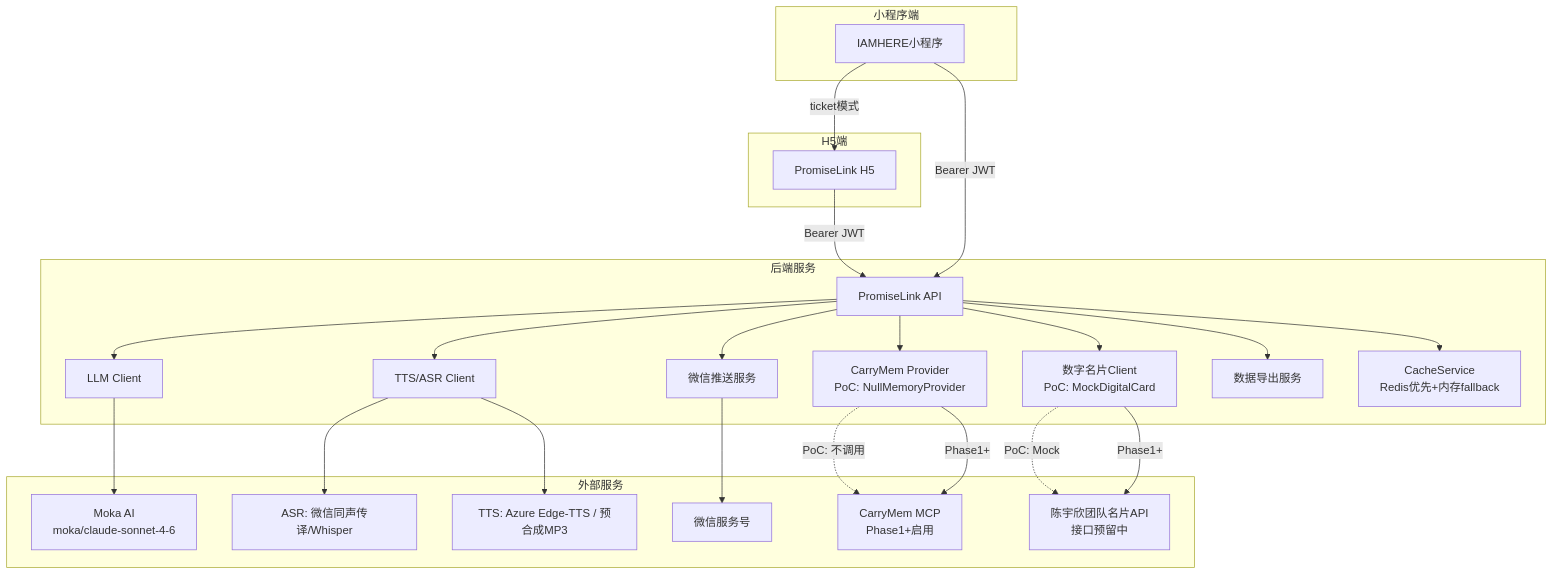
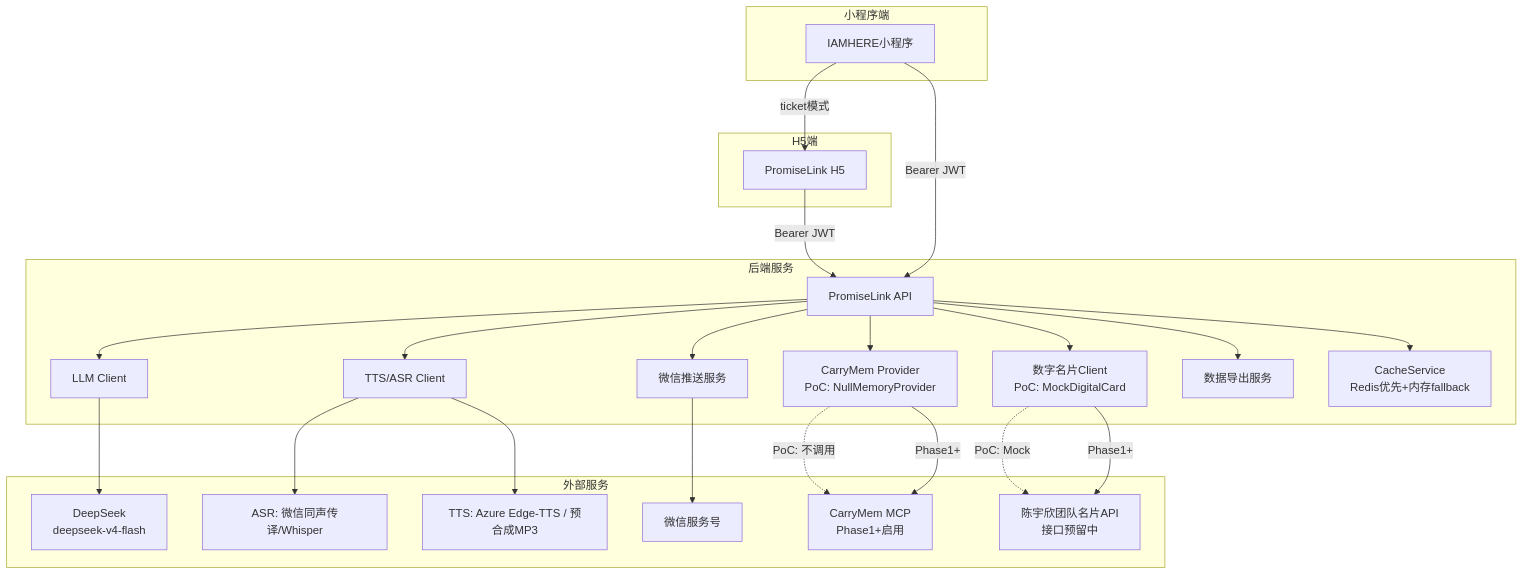
The first of 7 diagrams in docs/design/Integration_Design_v1.md (lulin70/PromiseLink), drawn with Mermaid before and after one commit. The commit also changed other lines of this file and 41 other files, not shown here.

Commit message:
docs+fix(basic): LLM 全量迁移 DeepSeek — 文档/代码/测试 Moka 引用清理，验证 2016 passed

````diff
--- a/docs/design/Integration_Design_v1.md
+++ b/docs/design/Integration_Design_v1.md
@@ -48,46 +48,46 @@
 ```mermaid
 graph TB
     subgraph 小程序端
         MP[IAMHERE小程序]
     end
     subgraph H5端
         H5[PromiseLink H5]
     end
     subgraph 后端服务
         API[PromiseLink API]
         LLM[LLM Client]
         TTS[TTS/ASR Client]
         WX[微信推送服务]
         CM[CarryMem Provider<br/>PoC: NullMemoryProvider]
         DC[数字名片Client<br/>PoC: MockDigitalCard]
         EXPORT[数据导出服务]
         CACHE[CacheService<br/>Redis优先+内存fallback]
     end
     subgraph 外部服务
-        MOKA[Moka AI<br/>moka/claude-sonnet-4-6]
+        DEEPSEEK[DeepSeek<br/>deepseek-v4-flash]
         ASR_P[ASR: 微信同声传译/Whisper]
         TTS_P[TTS: Azure Edge-TTS / 预合成MP3]
         WECHAT[微信服务号]
         CARRYMEM[CarryMem MCP<br/>Phase1+启用]
         CARD_API[陈宇欣团队名片API<br/>接口预留中]
     end
 
     MP -->|ticket模式| H5
     H5 -->|Bearer JWT| API
     MP -->|Bearer JWT| API
     API --> LLM
     API --> TTS
     API --> WX
     API --> CM
     API --> DC
     API --> EXPORT
     API --> CACHE
-    LLM --> MOKA
+    LLM --> DEEPSEEK
     TTS --> ASR_P
     TTS --> TTS_P
     WX --> WECHAT
     CM -.->|PoC: 不调用| CARRYMEM
     CM -->|Phase1+| CARRYMEM
     DC -.->|PoC: Mock| CARD_API
     DC -->|Phase1+| CARD_API
 ```
````
